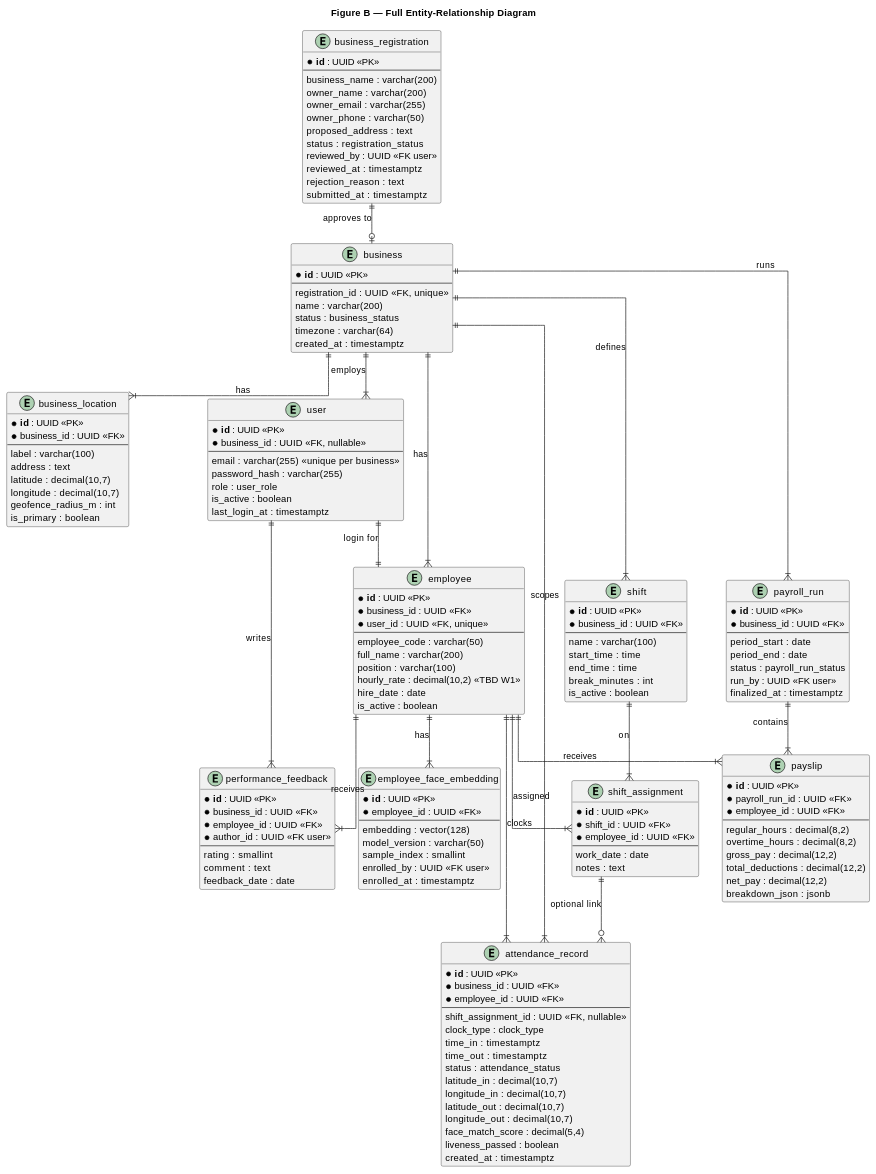
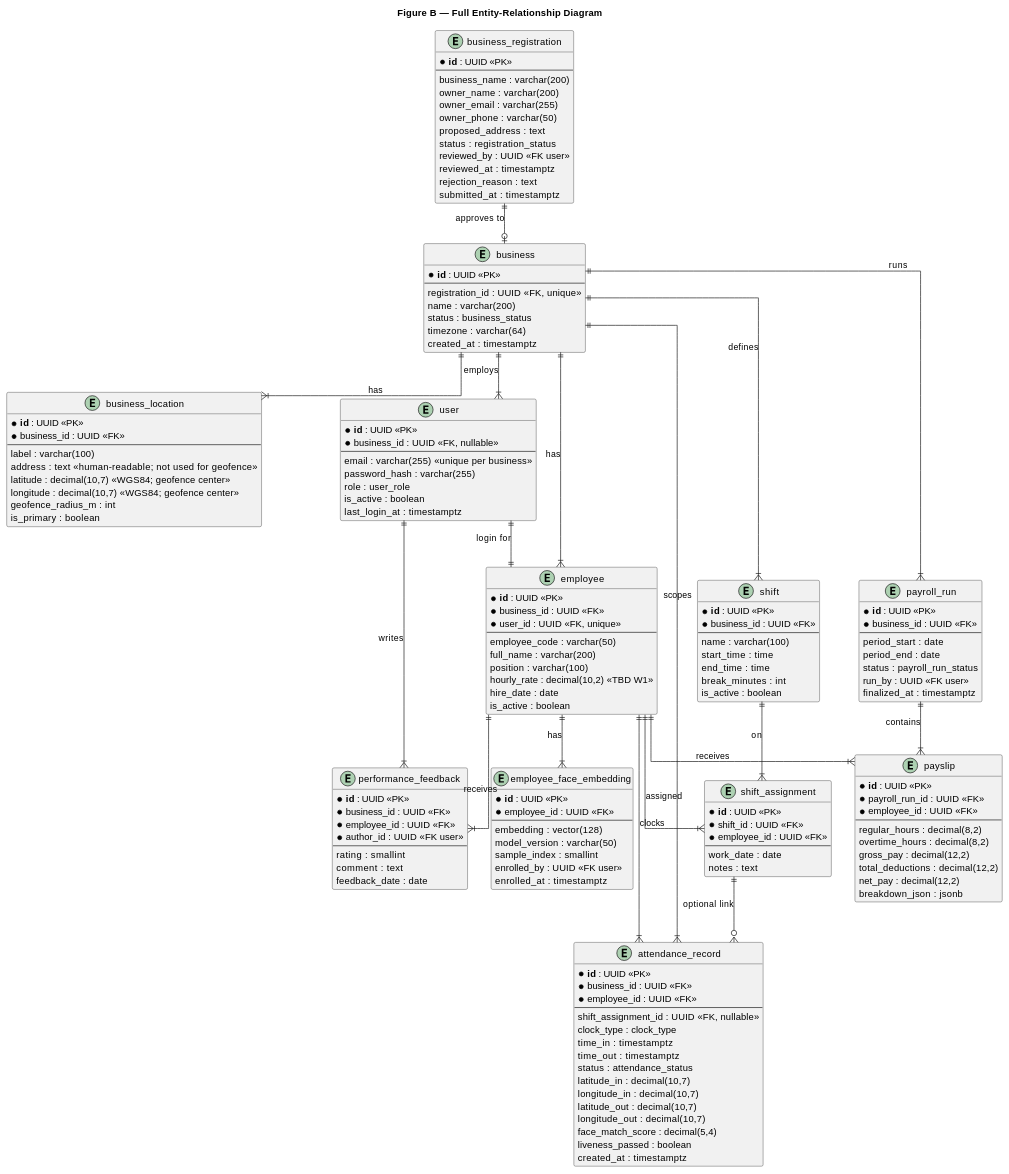
Before and after one commit to JRParreno/aroll: the second of 3 diagrams in docs/DATABASE-ERD.md, drawn with PlantUML. The commit also changed other lines of this file and 136 other files, not shown here.

```diff
--- a/docs/DATABASE-ERD.md
+++ b/docs/DATABASE-ERD.md
@@ -100,9 +100,9 @@
   * business_id : UUID <<FK>>
   --
   label : varchar(100)
-  address : text
-  latitude : decimal(10,7)
-  longitude : decimal(10,7)
+  address : text <<human-readable; not used for geofence>>
+  latitude : decimal(10,7) <<WGS84; geofence center>>
+  longitude : decimal(10,7) <<WGS84; geofence center>>
   geofence_radius_m : int
   is_primary : boolean
 }
```
